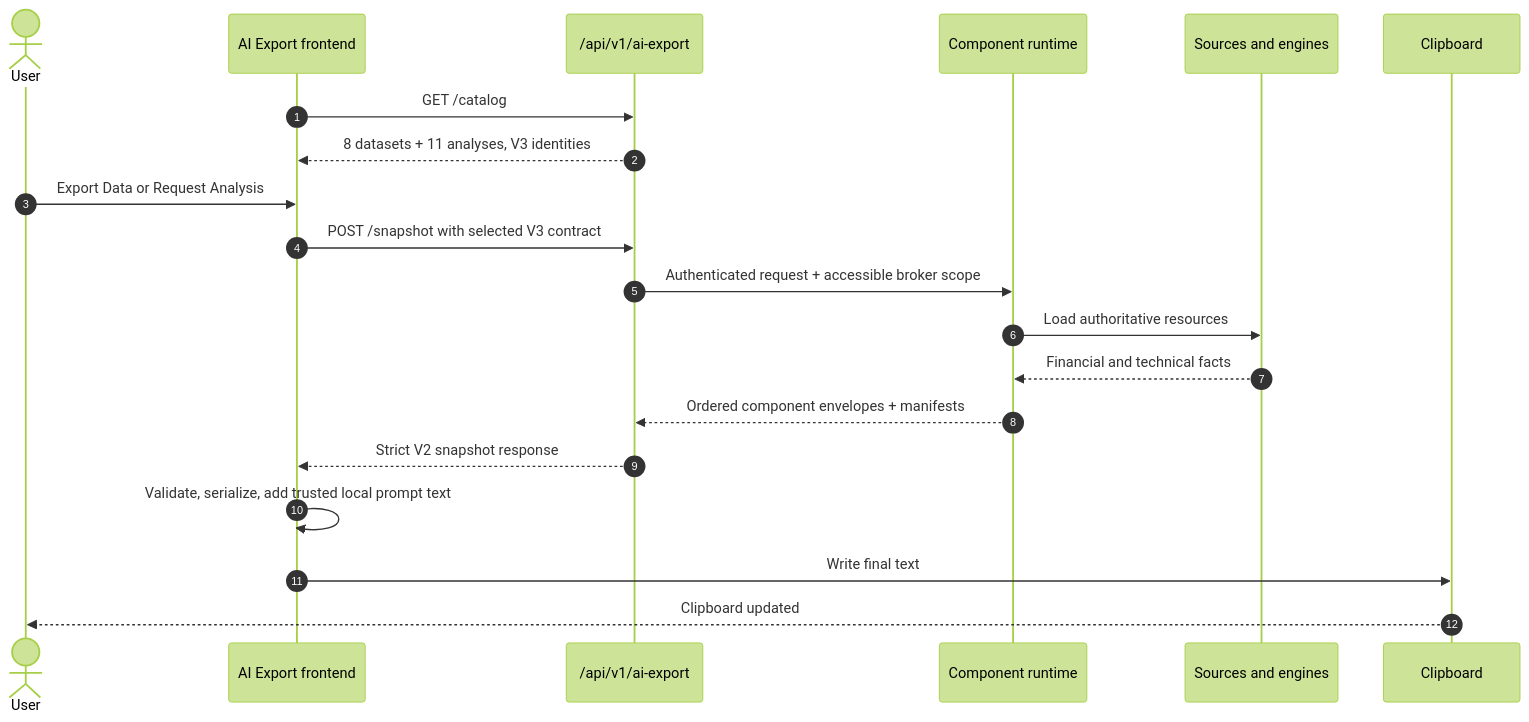
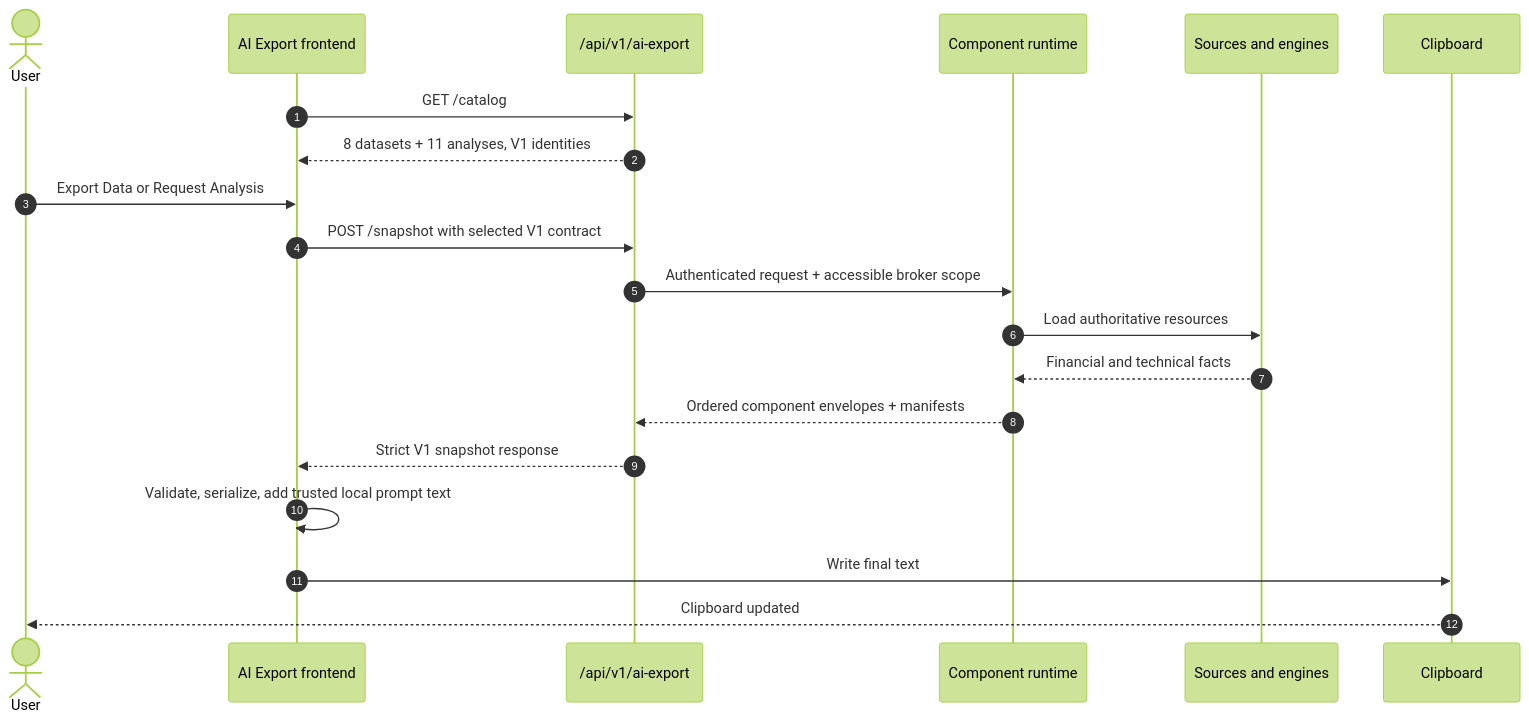
Before and after one commit to Librefolio/LibreFolio: the second of 2 diagrams in mkdocs_src/docs/developer/architecture/patterns/ai_export_snapshot.md, drawn with Mermaid (forest theme). The commit also changed other lines of this file and 49 other files, not shown here.

````diff
--- a/mkdocs_src/docs/developer/architecture/patterns/ai_export_snapshot.md
+++ b/mkdocs_src/docs/developer/architecture/patterns/ai_export_snapshot.md
@@ -44,23 +44,23 @@
 ```mermaid
 sequenceDiagram
     autonumber
     actor U as User
     participant F as AI Export frontend
     participant A as /api/v1/ai-export
     participant R as Component runtime
     participant S as Sources and engines
     participant C as Clipboard
 
     F->>A: GET /catalog
-    A-->>F: 8 datasets + 11 analyses, V3 identities
+    A-->>F: 8 datasets + 11 analyses, V1 identities
     U->>F: Export Data or Request Analysis
-    F->>A: POST /snapshot with selected V3 contract
+    F->>A: POST /snapshot with selected V1 contract
     A->>R: Authenticated request + accessible broker scope
     R->>S: Load authoritative resources
     S-->>R: Financial and technical facts
     R-->>A: Ordered component envelopes + manifests
-    A-->>F: Strict V2 snapshot response
+    A-->>F: Strict V1 snapshot response
     F->>F: Validate, serialize, add trusted local prompt text
     F->>C: Write final text
     C-->>U: Clipboard updated
 ```
````
